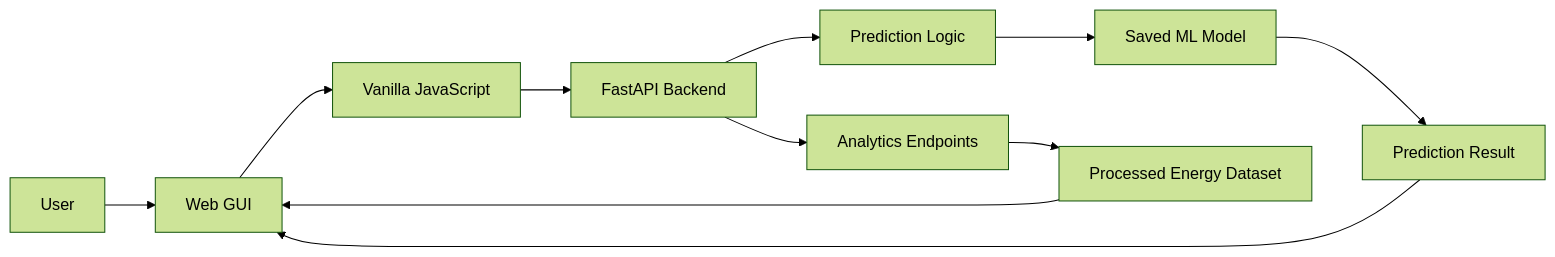
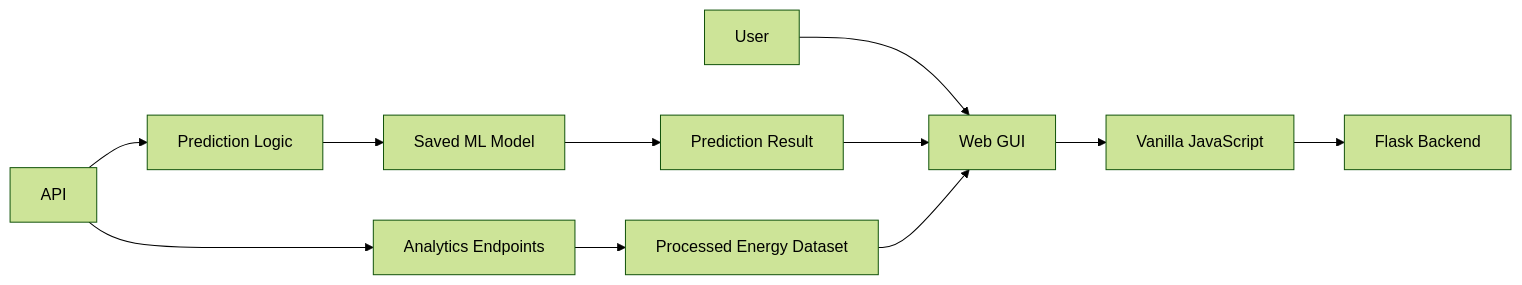
Before and after one commit to YoussefAtef15/Smart-Energy-Consumption-Prediction: the first of 2 diagrams in README.md, drawn with Mermaid (forest theme). The commit also changed other lines of this file and 1 other file, not shown here.

````diff
--- a/README.md
+++ b/README.md
@@ -391,13 +476,13 @@
 ```mermaid
 flowchart LR
     User[User] --> GUI[Web GUI]
     GUI --> JS[Vanilla JavaScript]
-    JS --> API[FastAPI Backend]
+    JS --> Flask[Flask Backend]
     API --> Prediction[Prediction Logic]
     API --> Analytics[Analytics Endpoints]
     Prediction --> Model[Saved ML Model]
     Analytics --> Data[Processed Energy Dataset]
     Model --> Result[Prediction Result]
     Result --> GUI
     Data --> GUI
 ```
````
